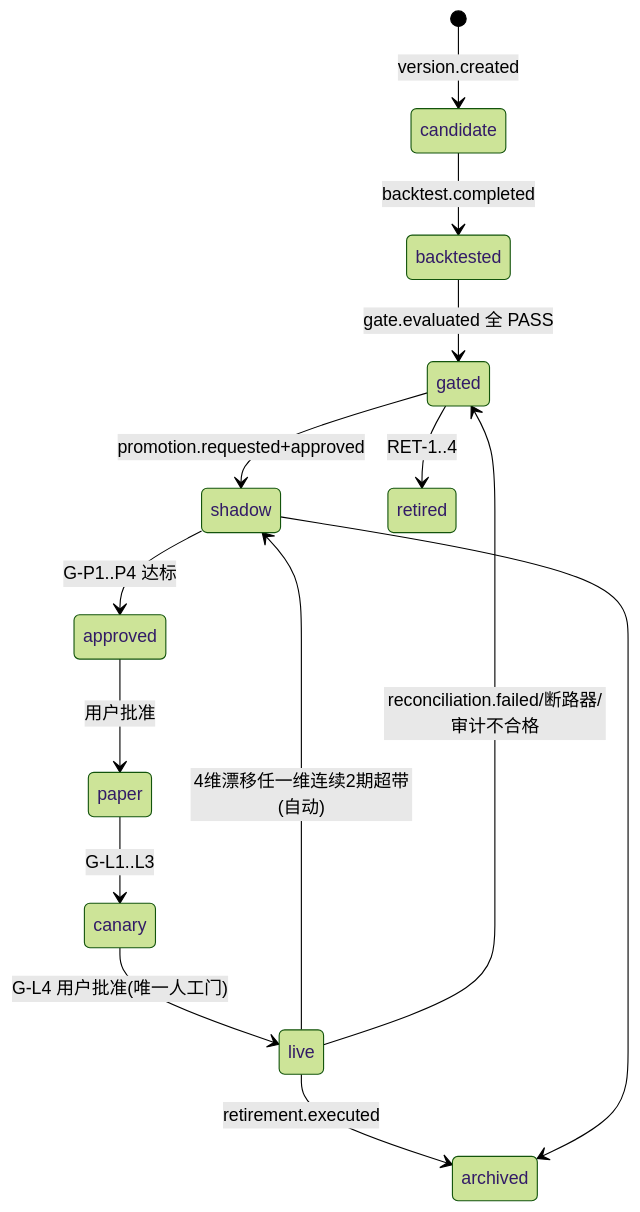
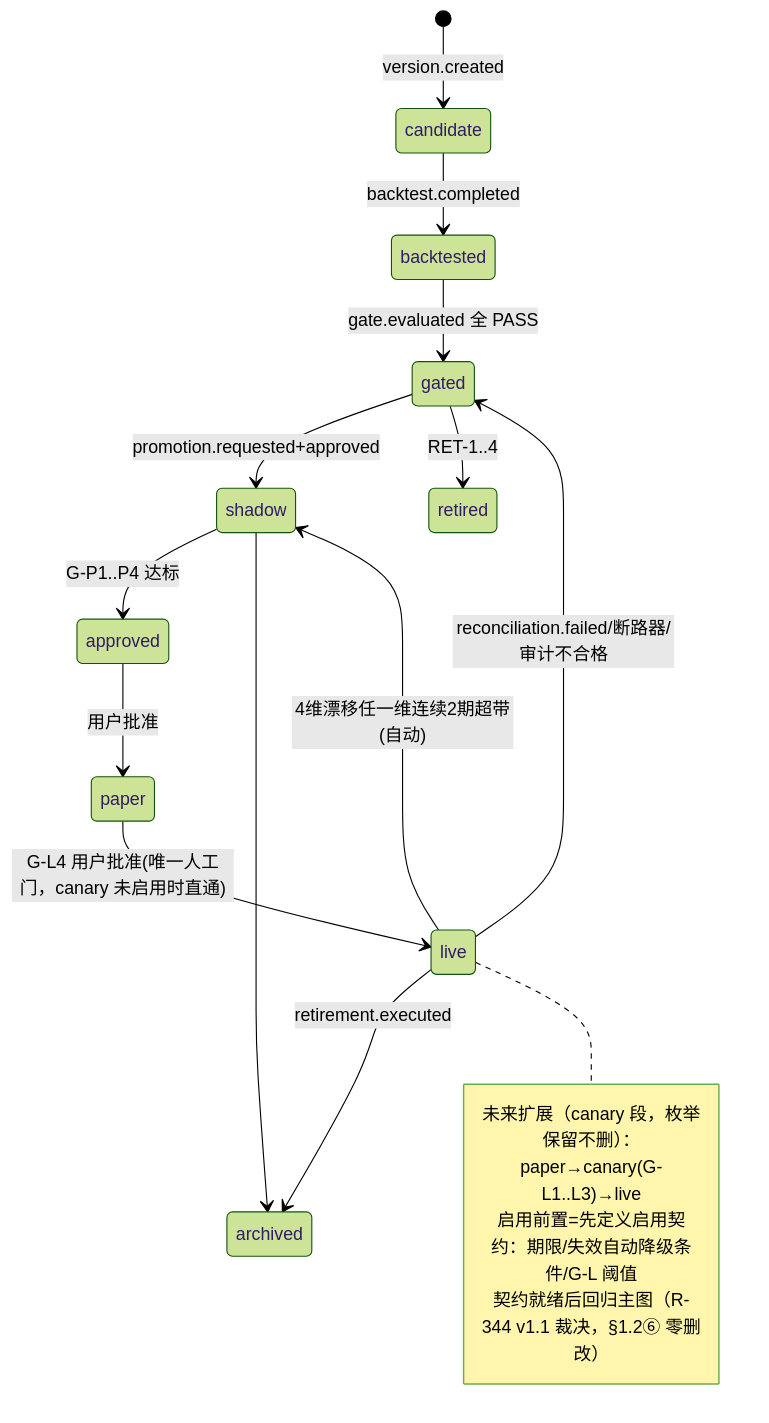
One commit to johnwuming/evoclaw changed the third of 4 diagrams in research/05-量化投资/R-342-R336实施级架构设计含Dashboard.md. Above: the diagram before and after it, drawn with Mermaid (forest theme). The commit also changed other lines of this file, not shown here.

Commit message:
auto: 2026-08-28 20:15 | "research/05-\351\207\217\345\214\226\346\212\225\350\265\204/R-342-R336\345\256\236\346\226\275\347\272\247\346\236\266\346\236\204\350\256\276\350\256\241\345\220\253Dashboard.md"

````diff
--- a/research/05-量化投资/R-342-R336实施级架构设计含Dashboard.md
+++ b/research/05-量化投资/R-342-R336实施级架构设计含Dashboard.md
@@ -168,16 +169,20 @@
 ```mermaid
 stateDiagram-v2
   [*] --> candidate : version.created
   candidate --> backtested : backtest.completed
   backtested --> gated : gate.evaluated 全 PASS
   gated --> shadow : promotion.requested+approved
   shadow --> approved : G-P1..P4 达标
   approved --> paper : 用户批准
-  paper --> canary : G-L1..L3
-  canary --> live : G-L4 用户批准(唯一人工门)
+  paper --> live : G-L4 用户批准(唯一人工门，canary 未启用时直通)
   live --> shadow : 4维漂移任一维连续2期超带(自动)
   live --> gated : reconciliation.failed/断路器/审计不合格
   live --> archived : retirement.executed
   shadow --> archived
   gated --> retired : RET-1..4
+  note right of live
+    未来扩展（canary 段，枚举保留不删）：paper→canary(G-L1..L3)→live
+    启用前置=先定义启用契约：期限/失效自动降级条件/G-L 阈值
+    契约就绪后回归主图（R-344 v1.1 裁决，§1.2⑥ 零删改）
+  end note
 ```
````
